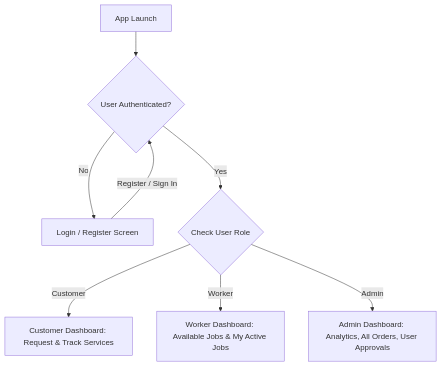
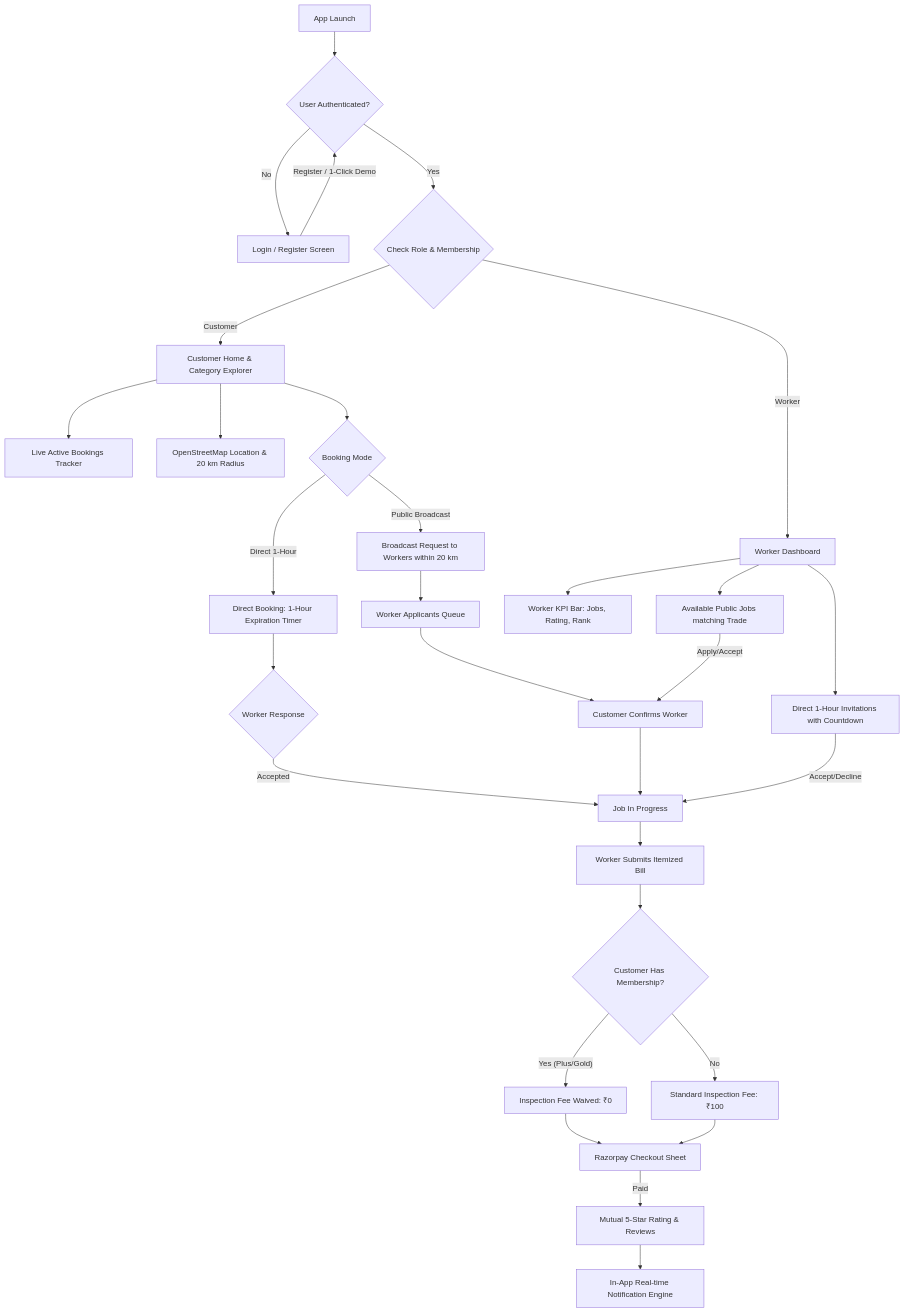
One commit to tapan71/Flutter-application changed the diagram in walkthrough.md. Above: the diagram before and after it, drawn with Mermaid. The commit also changed other lines of this file and 22 other files, not shown here.

````diff
--- a/walkthrough.md
+++ b/walkthrough.md
@@ -9,10 +9,38 @@
 ```mermaid
 graph TD
     AppLaunch[App Launch] --> AuthWrapper{User Authenticated?}
     AuthWrapper -- No --> Login[Login / Register Screen]
-    Login -- Register / Sign In --> AuthWrapper
-    AuthWrapper -- Yes --> RoleSwitch{Check User Role}
-    RoleSwitch -- Customer --> CustomerDash[Customer Dashboard: Request & Track Services]
-    RoleSwitch -- Worker --> WorkerDash[Worker Dashboard: Available Jobs & My Active Jobs]
-    RoleSwitch -- Admin --> AdminDash[Admin Dashboard: Analytics, All Orders, User Approvals]
+    Login -- Register / 1-Click Demo --> AuthWrapper
+    AuthWrapper -- Yes --> RoleRouter{Check Role & Membership}
+
+    %% Customer Flow
+    RoleRouter -- Customer --> CustomerHome[Customer Home & Category Explorer]
+    CustomerHome --> ActiveTracker[Live Active Bookings Tracker]
+    CustomerHome --> OSM_Pick[OpenStreetMap Location & 20 km Radius]
+    CustomerHome --> BookingType{Booking Mode}
+    BookingType -- Direct 1-Hour --> DirectDialog[Direct Booking: 1-Hour Expiration Timer]
+    BookingType -- Public Broadcast --> PublicReq[Broadcast Request to Workers within 20 km]
+    DirectDialog --> WorkerAccepts{Worker Response}
+    PublicReq --> ApplicantQueue[Worker Applicants Queue]
+    ApplicantQueue --> CustConfirm[Customer Confirms Worker]
+    WorkerAccepts -- Accepted --> WorkInProgress[Job In Progress]
+    CustConfirm --> WorkInProgress
+
+    %% Worker Flow
+    RoleRouter -- Worker --> WorkerDash[Worker Dashboard]
+    WorkerDash --> KPIBar[Worker KPI Bar: Jobs, Rating, Rank]
+    WorkerDash --> DirectTab[Direct 1-Hour Invitations with Countdown]
+    WorkerDash --> AvailTab[Available Public Jobs matching Trade]
+    DirectTab -- Accept/Decline --> WorkInProgress
+    AvailTab -- Apply/Accept --> CustConfirm
+    
+    %% Billing & Payment Flow
+    WorkInProgress --> SubmitBill[Worker Submits Itemized Bill]
+    SubmitBill --> MemberCheck{Customer Has Membership?}
+    MemberCheck -- Yes (Plus/Gold) --> WaiveFee[Inspection Fee Waived: ₹0]
+    MemberCheck -- No --> StdFee[Standard Inspection Fee: ₹100]
+    WaiveFee --> RazorpayModal[Razorpay Checkout Sheet]
+    StdFee --> RazorpayModal
+    RazorpayModal -- Paid --> MutualReview[Mutual 5-Star Rating & Reviews]
+    MutualReview --> NotificationCenter[In-App Real-time Notification Engine]
 ```
````
